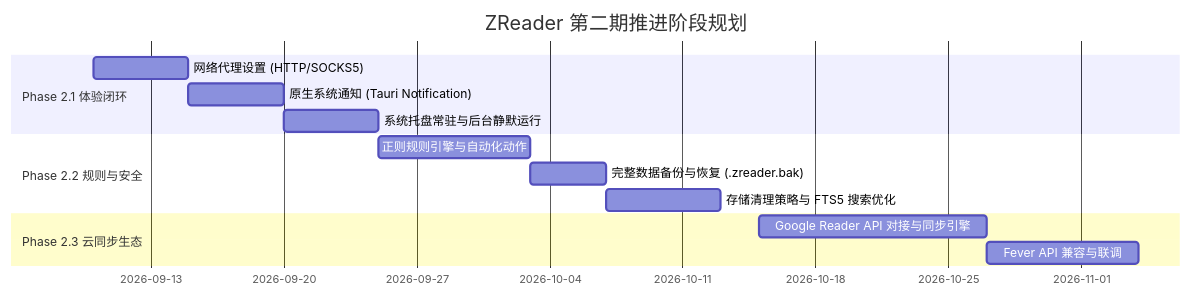
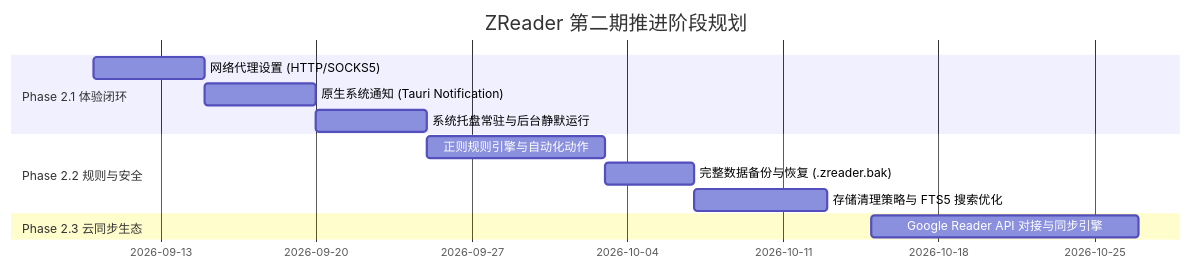
One commit to superMC5657/z-reader changed the second of 2 diagrams in docs/PHASE_2_ROADMAP.md. Above: the diagram before and after it, drawn with Mermaid. The commit also changed other lines of this file and 2 other files, not shown here.

Commit message:
docs: 移除 Fever API 需求,云同步仅保留 Google Reader API

````diff
--- a/docs/PHASE_2_ROADMAP.md
+++ b/docs/PHASE_2_ROADMAP.md
@@ -198,18 +196,17 @@
 ```mermaid
 gantt
     title ZReader 第二期推进阶段规划
     dateFormat  YYYY-MM-DD
     section Phase 2.1 体验闭环
     网络代理设置 (HTTP/SOCKS5)       :p1_1, 2026-09-10, 5d
     原生系统通知 (Tauri Notification) :p1_2, after p1_1, 5d
     系统托盘常驻与后台静默运行       :p1_3, after p1_2, 5d
 
     section Phase 2.2 规则与安全
     正则规则引擎与自动化动作         :p2_1, 2026-09-25, 8d
     完整数据备份与恢复 (.zreader.bak) :p2_2, after p2_1, 4d
     存储清理策略与 FTS5 搜索优化     :p2_3, after p2_2, 6d
 
     section Phase 2.3 云同步生态
     Google Reader API 对接与同步引擎 :p3_1, 2026-10-15, 12d
-    Fever API 兼容与联调            :p3_2, after p3_1, 8d
 ```
````
